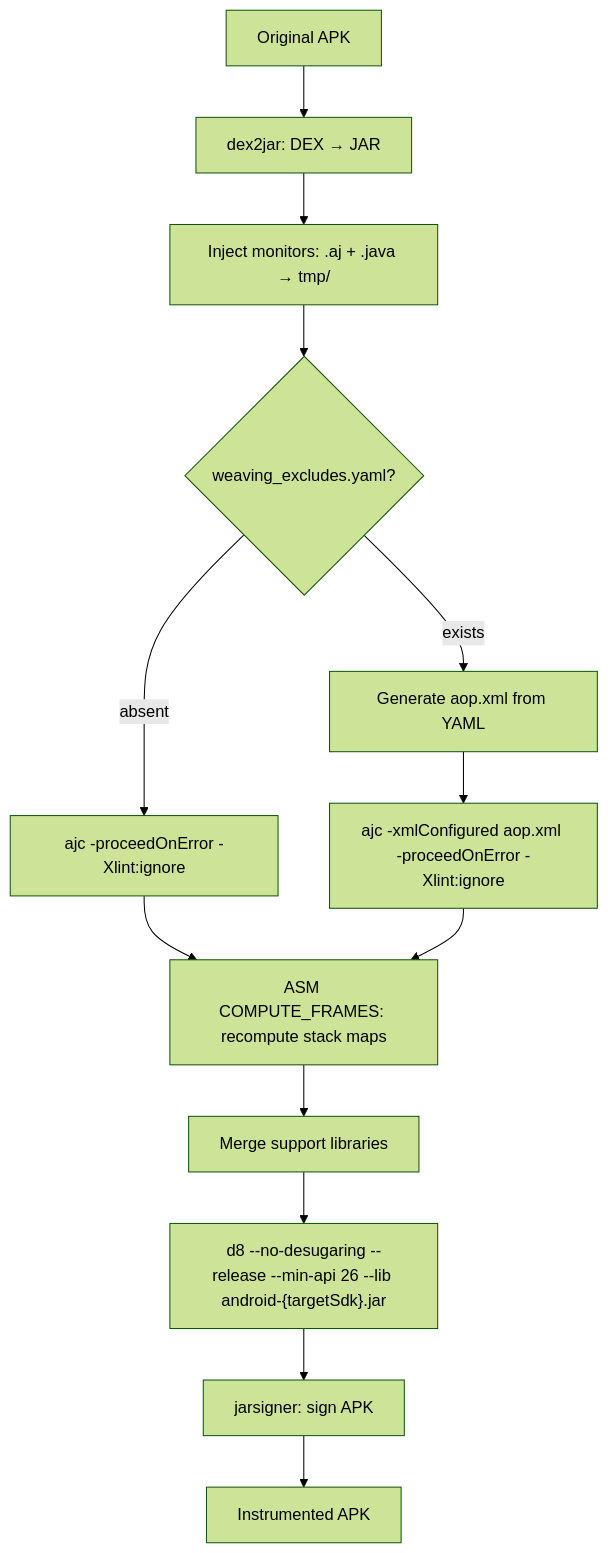
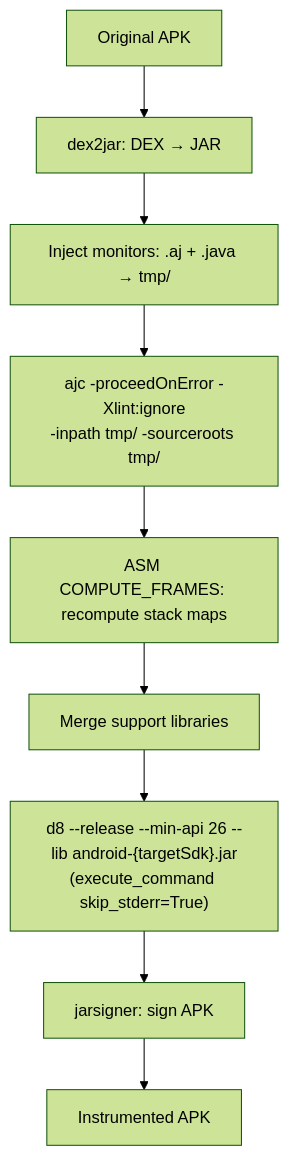
Before and after one commit to PAMunb/rvsec: the diagram in rv-android/openspec/changes/gh50-improve-instrumentation/specs/instrumentation/spec.md, drawn with Mermaid (forest theme). The commit also changed other lines of this file and 9 other files, not shown here.

First line of the commit message:
fix(gh50): revert -xmlConfigured and --no-desugaring after runtime regression

````diff
--- a/rv-android/openspec/changes/gh50-improve-instrumentation/specs/instrumentation/spec.md
+++ b/rv-android/openspec/changes/gh50-improve-instrumentation/specs/instrumentation/spec.md
@@ -25,15 +31,11 @@
 ```mermaid
 flowchart TD
     APK[Original APK] --> DEX2JAR[dex2jar: DEX → JAR]
     DEX2JAR --> INJECT[Inject monitors: .aj + .java → tmp/]
-    INJECT --> YAML{weaving_excludes.yaml?}
-    YAML -->|exists| GEN[Generate aop.xml from YAML]
-    YAML -->|absent| AJC_PLAIN[ajc -proceedOnError -Xlint:ignore]
-    GEN --> AJC_XML[ajc -xmlConfigured aop.xml -proceedOnError -Xlint:ignore]
-    AJC_PLAIN --> FRAMES[ASM COMPUTE_FRAMES: recompute stack maps]
-    AJC_XML --> FRAMES
+    INJECT --> AJC[ajc -proceedOnError -Xlint:ignore<br/>-inpath tmp/ -sourceroots tmp/]
+    AJC --> FRAMES[ASM COMPUTE_FRAMES: recompute stack maps]
     FRAMES --> MERGE[Merge support libraries]
-    MERGE --> D8["d8 --no-desugaring --release --min-api 26 --lib android-{targetSdk}.jar"]
+    MERGE --> D8["d8 --release --min-api 26 --lib android-{targetSdk}.jar<br/>(execute_command skip_stderr=True)"]
     D8 --> SIGN[jarsigner: sign APK]
     SIGN --> OUT[Instrumented APK]
 ```
````
